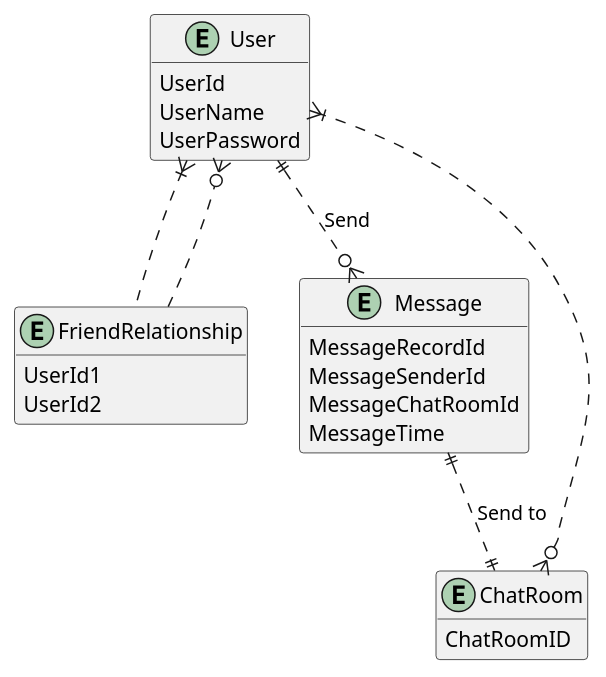
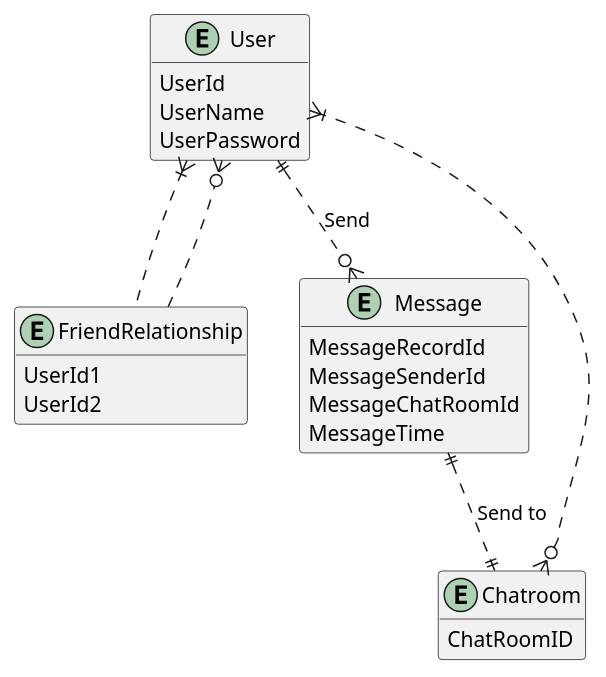
The diagram in wiki/databaseSystem.md (LviatYi/JavaCD), drawn with PlantUML before and after one commit. The commit also changed 2 other files, not shown here.

Commit message:
小改

````diff
--- a/wiki/databaseSystem.md
+++ b/wiki/databaseSystem.md
@@ -71,29 +71,29 @@
 ```PlantUML
 @startUML
 hide empty members
 entity User{
     UserId
     UserName
     UserPassword
 }
 entity FriendRelationship{
     UserId1
     UserId2
 }
 entity Message{
     MessageRecordId
     MessageSenderId
     MessageChatRoomId
     MessageTime
 }
-entity ChatRoom{
+entity Chatroom{
     ChatRoomID
 }
 
 User }|.. FriendRelationship
 FriendRelationship ..o{ User
 User ||..o{ Message : Send
-Message ||..|| ChatRoom : Send to
-ChatRoom }o..|{ User
+Message ||..|| Chatroom : Send to
+Chatroom }o..|{ User
 @endUML
 ```
````
